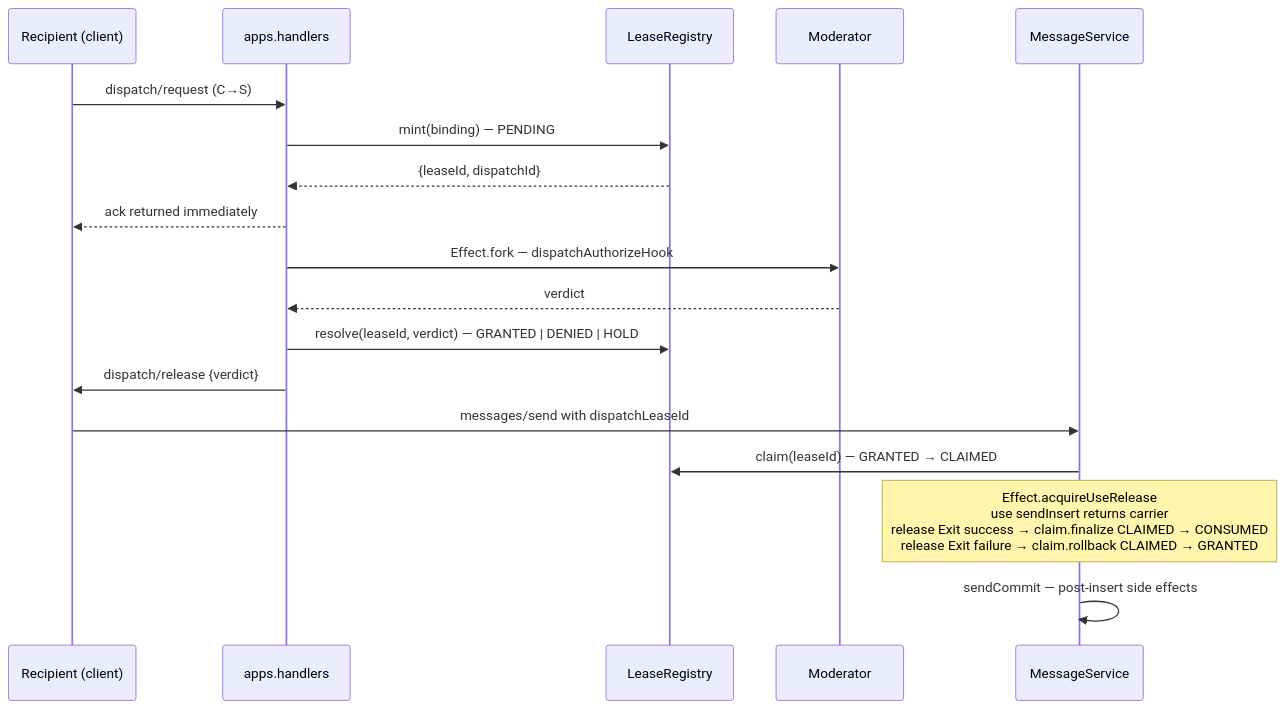
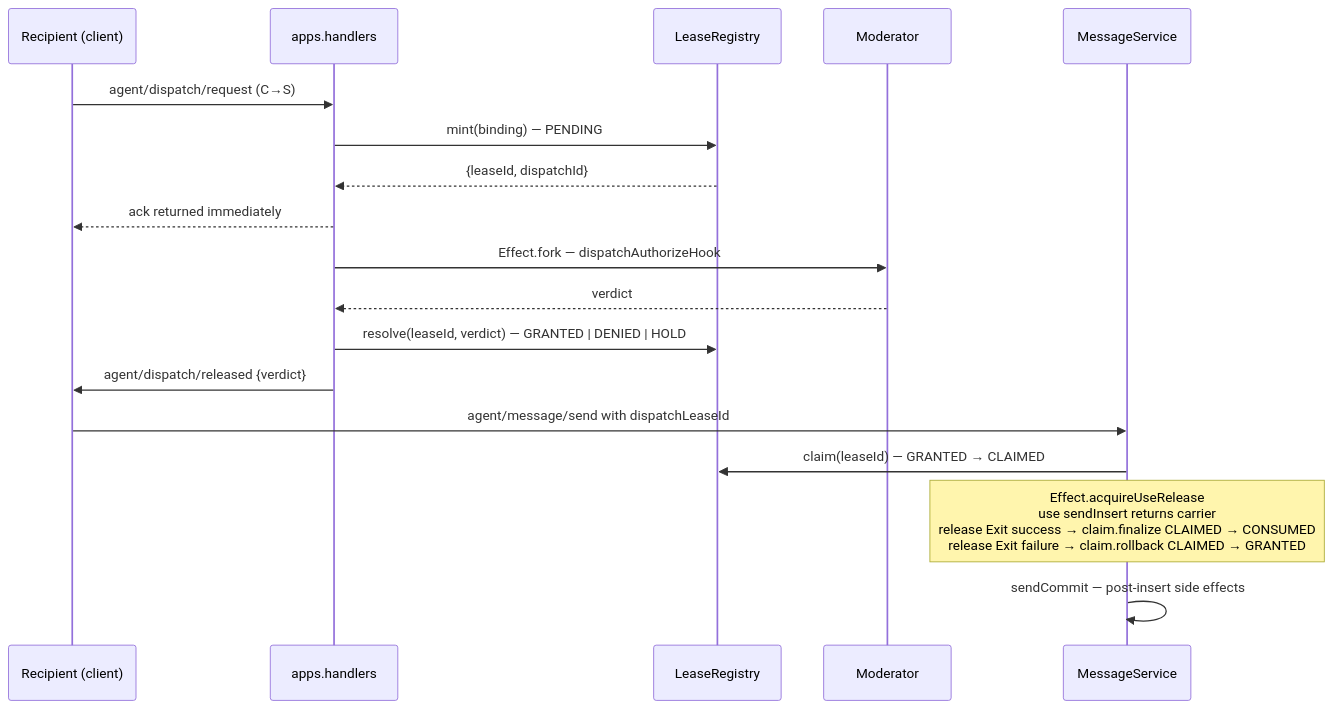
The second of 2 diagrams in docs/modules/server-core/dispatch.mdx (chughtapan/moltzap), drawn with Mermaid before and after one commit. The commit also changed other lines of this file and 229 other files, not shown here.

````diff
--- a/docs/modules/server-core/dispatch.mdx
+++ b/docs/modules/server-core/dispatch.mdx
@@ -422,21 +422,21 @@
 ```mermaid
 sequenceDiagram
   participant Recv as Recipient (client)
   participant AH as apps.handlers
   participant LR as LeaseRegistry
   participant Mod as Moderator
   participant MS as MessageService
 
-  Recv->>AH: dispatch/request (C→S)
+  Recv->>AH: agent/dispatch/request (C→S)
   AH->>LR: mint(binding) — PENDING
   LR-->>AH: {leaseId, dispatchId}
   AH-->>Recv: ack returned immediately
   AH->>Mod: Effect.fork — dispatchAuthorizeHook
   Mod-->>AH: verdict
   AH->>LR: resolve(leaseId, verdict) — GRANTED | DENIED | HOLD
-  AH->>Recv: dispatch/release {verdict}
-  Recv->>MS: messages/send with dispatchLeaseId
+  AH->>Recv: agent/dispatch/released {verdict}
+  Recv->>MS: agent/message/send with dispatchLeaseId
   MS->>LR: claim(leaseId) — GRANTED → CLAIMED
   Note over MS: Effect.acquireUseRelease<br>use sendInsert returns carrier<br>release Exit success → claim.finalize CLAIMED → CONSUMED<br>release Exit failure → claim.rollback CLAIMED → GRANTED
   MS->>MS: sendCommit — post-insert side effects
 ```
````
